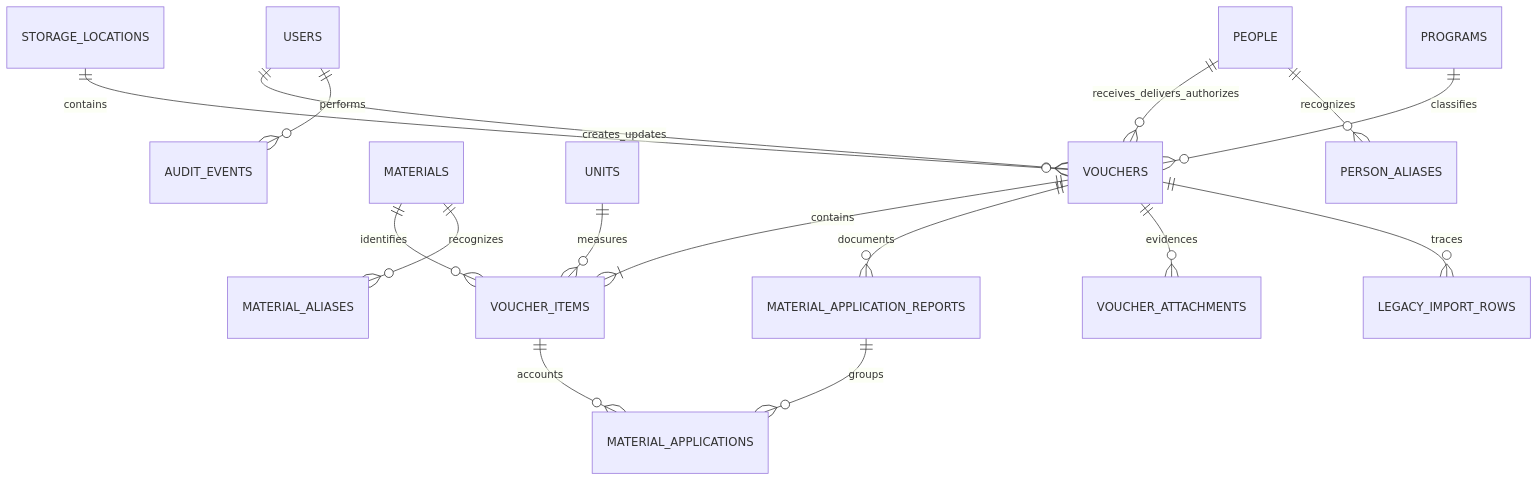
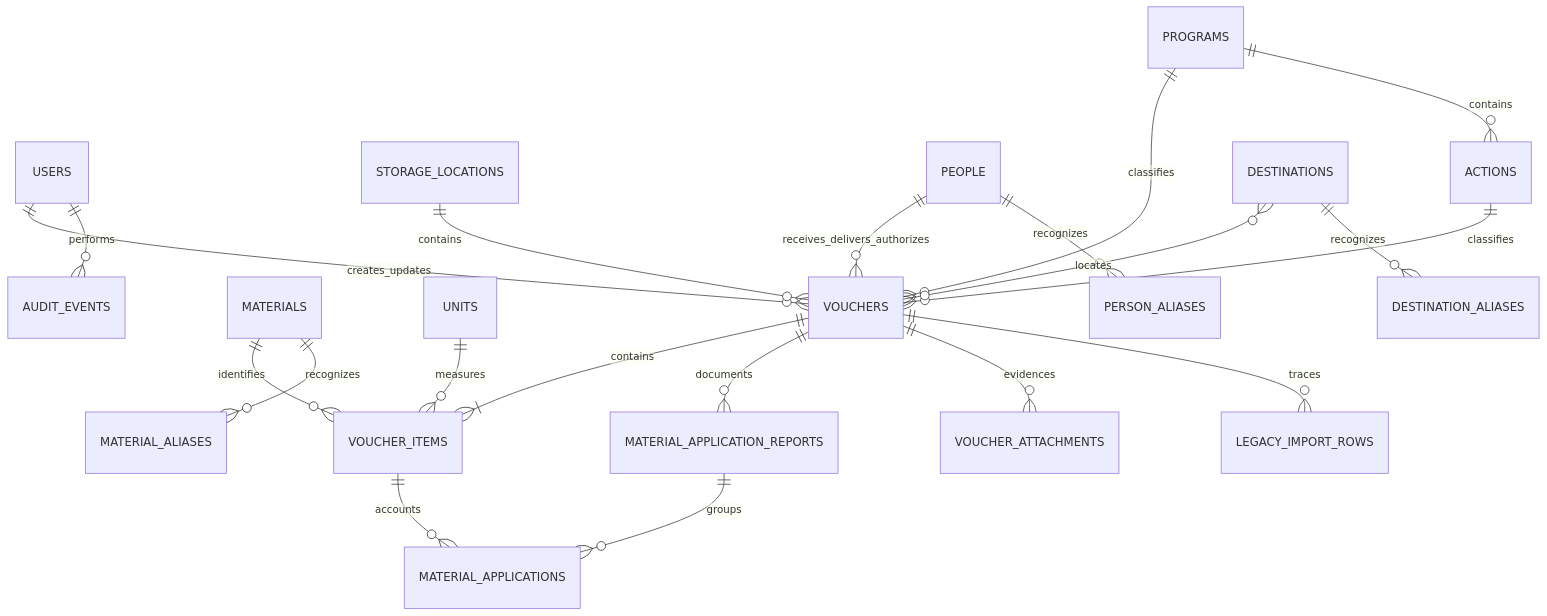
The diagram in docs/architecture.md (oscarcast22/control-materiales-spm), drawn with Mermaid before and after one commit. The commit also changed other lines of this file and 5 other files, not shown here.

````diff
--- a/docs/architecture.md
+++ b/docs/architecture.md
@@ -37,18 +38,22 @@
 ```mermaid
 erDiagram
     USERS ||--o{ VOUCHERS : creates_updates
     STORAGE_LOCATIONS ||--o{ VOUCHERS : contains
     PEOPLE ||--o{ VOUCHERS : receives_delivers_authorizes
     PROGRAMS ||--o{ VOUCHERS : classifies
+    PROGRAMS ||--o{ ACTIONS : contains
+    ACTIONS ||--o{ VOUCHERS : classifies
+    DESTINATIONS }o--o{ VOUCHERS : locates
     VOUCHERS ||--|{ VOUCHER_ITEMS : contains
     MATERIALS ||--o{ VOUCHER_ITEMS : identifies
     UNITS ||--o{ VOUCHER_ITEMS : measures
     VOUCHERS ||--o{ MATERIAL_APPLICATION_REPORTS : documents
     MATERIAL_APPLICATION_REPORTS ||--o{ MATERIAL_APPLICATIONS : groups
     VOUCHER_ITEMS ||--o{ MATERIAL_APPLICATIONS : accounts
     VOUCHERS ||--o{ VOUCHER_ATTACHMENTS : evidences
     MATERIALS ||--o{ MATERIAL_ALIASES : recognizes
     PEOPLE ||--o{ PERSON_ALIASES : recognizes
+    DESTINATIONS ||--o{ DESTINATION_ALIASES : recognizes
     USERS ||--o{ AUDIT_EVENTS : performs
     VOUCHERS ||--o{ LEGACY_IMPORT_ROWS : traces
 ```
````
